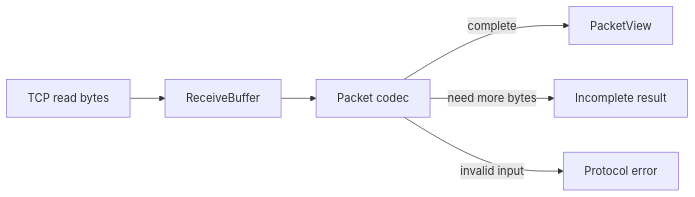
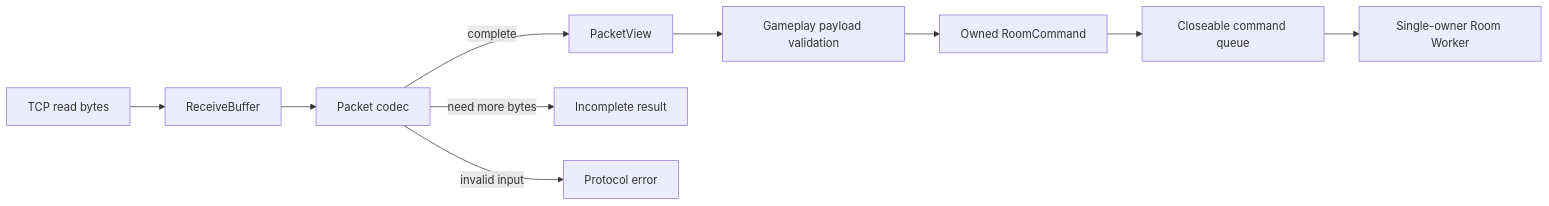
Before and after one commit to yunho303/modern-cpp-room-server: the first of 2 diagrams in docs/architecture.md, drawn with Mermaid. The commit also changed other lines of this file and 22 other files, not shown here.

Commit message:
feat(room): add single-owner command processing

````diff
--- a/docs/architecture.md
+++ b/docs/architecture.md
@@ -7,8 +7,12 @@
 ```mermaid
 flowchart LR
     Read[TCP read bytes] --> Buffer[ReceiveBuffer]
     Buffer --> Codec[Packet codec]
     Codec -->|complete| View[PacketView]
+    View --> Validate[Gameplay payload validation]
+    Validate --> Command[Owned RoomCommand]
+    Command --> Queue[Closeable command queue]
+    Queue --> Worker[Single-owner Room Worker]
     Codec -->|need more bytes| Incomplete[Incomplete result]
     Codec -->|invalid input| Reject[Protocol error]
 ```
````
